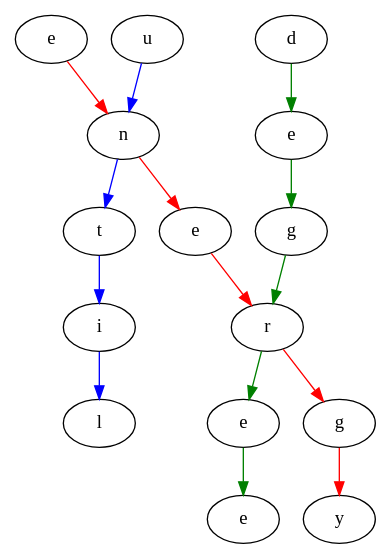
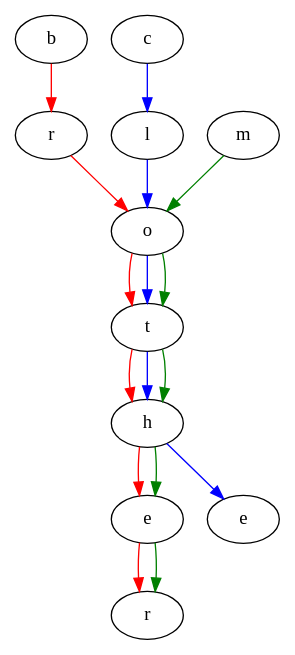
The diagram in generate_boards/Digraph.gv (MaxMcF/SwitchWords), drawn with Graphviz before and after one commit. The commit also changed 3 other files, not shown here.

```diff
--- a/generate_boards/Digraph.gv
+++ b/generate_boards/Digraph.gv
@@ -1,33 +1,37 @@
 digraph {
-	"e.c12bad42-b6ec-4852-b729-36ad68b92ad0" [label=e]
-	"n.368cfc07-ce63-41d2-af9a-d7ecda0f89f2" [label=n]
-	"e.e0a910ac-4b4d-45c6-9164-efc8eba27be6" [label=e]
-	"r.d4f5bb45-9637-4d67-8d3d-6b11ee909e37" [label=r]
-	"g.6ac1ff69-0b51-46a5-b4f6-f8cc21ef5d5c" [label=g]
-	"y.0582cb01-5fe7-4668-b668-543248918a0e" [label=y]
-	"e.c12bad42-b6ec-4852-b729-36ad68b92ad0" -> "n.368cfc07-ce63-41d2-af9a-d7ecda0f89f2" [color=red]
-	"n.368cfc07-ce63-41d2-af9a-d7ecda0f89f2" -> "e.e0a910ac-4b4d-45c6-9164-efc8eba27be6" [color=red]
-	"e.e0a910ac-4b4d-45c6-9164-efc8eba27be6" -> "r.d4f5bb45-9637-4d67-8d3d-6b11ee909e37" [color=red]
-	"r.d4f5bb45-9637-4d67-8d3d-6b11ee909e37" -> "g.6ac1ff69-0b51-46a5-b4f6-f8cc21ef5d5c" [color=red]
-	"g.6ac1ff69-0b51-46a5-b4f6-f8cc21ef5d5c" -> "y.0582cb01-5fe7-4668-b668-543248918a0e" [color=red]
-	"u.aeba2729-eabe-4bcc-a43f-e88a38290f83" [label=u]
-	"n.368cfc07-ce63-41d2-af9a-d7ecda0f89f2" [label=n]
-	"t.ec8dd50e-8727-494d-b981-252e545480d6" [label=t]
-	"i.eccf6d8b-e45c-445a-b74a-b756c5b6292b" [label=i]
-	"l.d82e6d10-a9e3-4568-acd3-89bea0735293" [label=l]
-	"u.aeba2729-eabe-4bcc-a43f-e88a38290f83" -> "n.368cfc07-ce63-41d2-af9a-d7ecda0f89f2" [color=blue]
-	"n.368cfc07-ce63-41d2-af9a-d7ecda0f89f2" -> "t.ec8dd50e-8727-494d-b981-252e545480d6" [color=blue]
-	"t.ec8dd50e-8727-494d-b981-252e545480d6" -> "i.eccf6d8b-e45c-445a-b74a-b756c5b6292b" [color=blue]
-	"i.eccf6d8b-e45c-445a-b74a-b756c5b6292b" -> "l.d82e6d10-a9e3-4568-acd3-89bea0735293" [color=blue]
-	"d.d9664e88-e533-4b17-9c61-480a4edfa25d" [label=d]
-	"e.014056cd-545e-42c9-867d-aae7748872e2" [label=e]
-	"g.444b02d5-f29f-4e2a-93e9-9b9827317e82" [label=g]
-	"r.d4f5bb45-9637-4d67-8d3d-6b11ee909e37" [label=r]
-	"e.2475a2c9-e092-42df-8e7b-e9e9e7d010bc" [label=e]
-	"e.87c3df47-f0d7-4ea3-8ee0-f070f7100fc3" [label=e]
-	"d.d9664e88-e533-4b17-9c61-480a4edfa25d" -> "e.014056cd-545e-42c9-867d-aae7748872e2" [color=green]
-	"e.014056cd-545e-42c9-867d-aae7748872e2" -> "g.444b02d5-f29f-4e2a-93e9-9b9827317e82" [color=green]
-	"g.444b02d5-f29f-4e2a-93e9-9b9827317e82" -> "r.d4f5bb45-9637-4d67-8d3d-6b11ee909e37" [color=green]
-	"r.d4f5bb45-9637-4d67-8d3d-6b11ee909e37" -> "e.2475a2c9-e092-42df-8e7b-e9e9e7d010bc" [color=green]
-	"e.2475a2c9-e092-42df-8e7b-e9e9e7d010bc" -> "e.87c3df47-f0d7-4ea3-8ee0-f070f7100fc3" [color=green]
+	"b.b9887415-5389-4b4f-9f6b-25129fd841b6" [label=b]
+	"r.962c68ee-0b9f-48dc-b598-15d90e829288" [label=r]
+	"o.00611bd7-c9e2-490a-bc4b-4ea592af2ba8" [label=o]
+	"t.4571e03e-aae6-435e-93f2-1786c5883093" [label=t]
+	"h.915d5920-0f1f-485f-8c37-86f42abe6c66" [label=h]
+	"e.af07565d-2769-4536-885e-53acb9bacc5b" [label=e]
+	"r.b1e7c773-5c63-4598-b00e-9e797d792266" [label=r]
+	"b.b9887415-5389-4b4f-9f6b-25129fd841b6" -> "r.962c68ee-0b9f-48dc-b598-15d90e829288" [color=red]
+	"r.962c68ee-0b9f-48dc-b598-15d90e829288" -> "o.00611bd7-c9e2-490a-bc4b-4ea592af2ba8" [color=red]
+	"o.00611bd7-c9e2-490a-bc4b-4ea592af2ba8" -> "t.4571e03e-aae6-435e-93f2-1786c5883093" [color=red]
+	"t.4571e03e-aae6-435e-93f2-1786c5883093" -> "h.915d5920-0f1f-485f-8c37-86f42abe6c66" [color=red]
+	"h.915d5920-0f1f-485f-8c37-86f42abe6c66" -> "e.af07565d-2769-4536-885e-53acb9bacc5b" [color=red]
+	"e.af07565d-2769-4536-885e-53acb9bacc5b" -> "r.b1e7c773-5c63-4598-b00e-9e797d792266" [color=red]
+	"c.6a9a9c81-a1f6-4e2a-b25a-b23a2c5c0ac6" [label=c]
+	"l.ef0568fc-4151-4936-8ac4-39dbd83eb770" [label=l]
+	"o.00611bd7-c9e2-490a-bc4b-4ea592af2ba8" [label=o]
+	"t.4571e03e-aae6-435e-93f2-1786c5883093" [label=t]
+	"h.915d5920-0f1f-485f-8c37-86f42abe6c66" [label=h]
+	"e.50c7e8f9-e145-4057-90ae-2e3b98a2a9f6" [label=e]
+	"c.6a9a9c81-a1f6-4e2a-b25a-b23a2c5c0ac6" -> "l.ef0568fc-4151-4936-8ac4-39dbd83eb770" [color=blue]
+	"l.ef0568fc-4151-4936-8ac4-39dbd83eb770" -> "o.00611bd7-c9e2-490a-bc4b-4ea592af2ba8" [color=blue]
+	"o.00611bd7-c9e2-490a-bc4b-4ea592af2ba8" -> "t.4571e03e-aae6-435e-93f2-1786c5883093" [color=blue]
+	"t.4571e03e-aae6-435e-93f2-1786c5883093" -> "h.915d5920-0f1f-485f-8c37-86f42abe6c66" [color=blue]
+	"h.915d5920-0f1f-485f-8c37-86f42abe6c66" -> "e.50c7e8f9-e145-4057-90ae-2e3b98a2a9f6" [color=blue]
+	"m.b8f613da-897f-4967-817e-098c09a9b06a" [label=m]
+	"o.00611bd7-c9e2-490a-bc4b-4ea592af2ba8" [label=o]
+	"t.4571e03e-aae6-435e-93f2-1786c5883093" [label=t]
+	"h.915d5920-0f1f-485f-8c37-86f42abe6c66" [label=h]
+	"e.af07565d-2769-4536-885e-53acb9bacc5b" [label=e]
+	"r.b1e7c773-5c63-4598-b00e-9e797d792266" [label=r]
+	"m.b8f613da-897f-4967-817e-098c09a9b06a" -> "o.00611bd7-c9e2-490a-bc4b-4ea592af2ba8" [color=green]
+	"o.00611bd7-c9e2-490a-bc4b-4ea592af2ba8" -> "t.4571e03e-aae6-435e-93f2-1786c5883093" [color=green]
+	"t.4571e03e-aae6-435e-93f2-1786c5883093" -> "h.915d5920-0f1f-485f-8c37-86f42abe6c66" [color=green]
+	"h.915d5920-0f1f-485f-8c37-86f42abe6c66" -> "e.af07565d-2769-4536-885e-53acb9bacc5b" [color=green]
+	"e.af07565d-2769-4536-885e-53acb9bacc5b" -> "r.b1e7c773-5c63-4598-b00e-9e797d792266" [color=green]
 }
```
